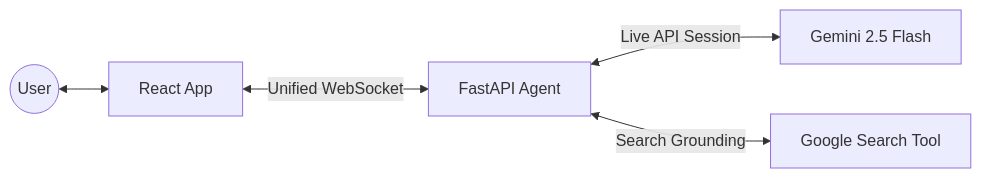
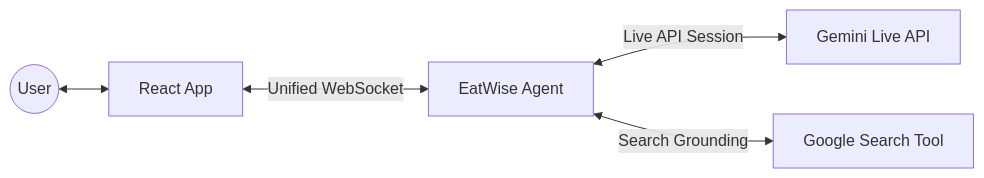
Before and after one commit to sidharthsehgal/EatWell: the diagram in README.md, drawn with Mermaid. The commit also changed other lines of this file, not shown here.

Commit message:
Docs: Update README with testing instructions and refined architecture labels

````diff
--- a/README.md
+++ b/README.md
@@ -46,7 +56,7 @@
 ```mermaid
 graph LR
     User((User)) <--> UI[React App]
-    UI <-->|Unified WebSocket| Backend[FastAPI Agent]
-    Backend <-->|Live API Session| Gemini[Gemini 2.5 Flash]
+    UI <-->|Unified WebSocket| Backend[EatWise Agent]
+    Backend <-->|Live API Session| Gemini[Gemini Live API]
     Backend <-->|Search Grounding| Google[Google Search Tool]
 ```
````
